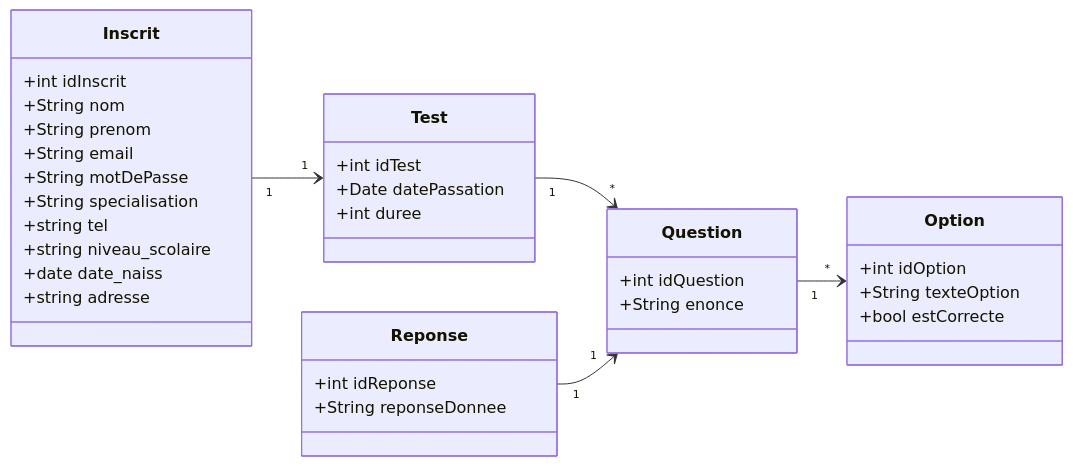
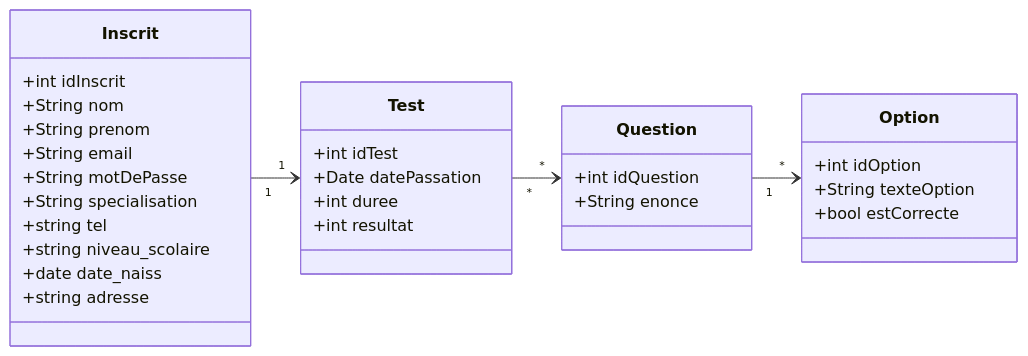
Before and after one commit to samiaBoug/Soli_LMS_Test_Inscription: the diagram in Conception/diagrame_de_class/test_inscription.mmd, drawn with Mermaid. The commit also changed other lines of this file and 4 other files, not shown here.

```diff
--- a/Conception/diagrame_de_class/test_inscription.mmd
+++ b/Conception/diagrame_de_class/test_inscription.mmd
@@ -1,39 +1,37 @@
 classDiagram
 direction LR
     class Inscrit {
         +int idInscrit
         +String nom
         +String prenom
         +String email
         +String motDePasse
         +String specialisation
         +string tel
         +string niveau_scolaire
         +date date_naiss
         +string adresse
     }
 
     class Test {
         +int idTest
         +Date datePassation
         +int duree
+        +int resultat
     }
+  
     class Question {
         +int idQuestion
         +String enonce
     }
     class Option {
         +int idOption
         +String texteOption
         +bool estCorrecte
     }
 
-    class Reponse {
-        +int idReponse
-        +String reponseDonnee
-    }
+  
 
     Inscrit "1" --> "1" Test 
-    Test "1" --> "*" Question
+    Test "*" --> "*" Question
     Question "1" --> "*" Option     
-    Reponse "1" --> "1" Question 
```
